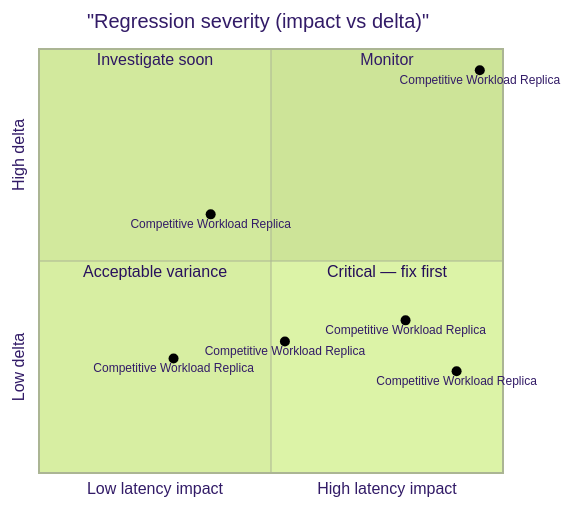
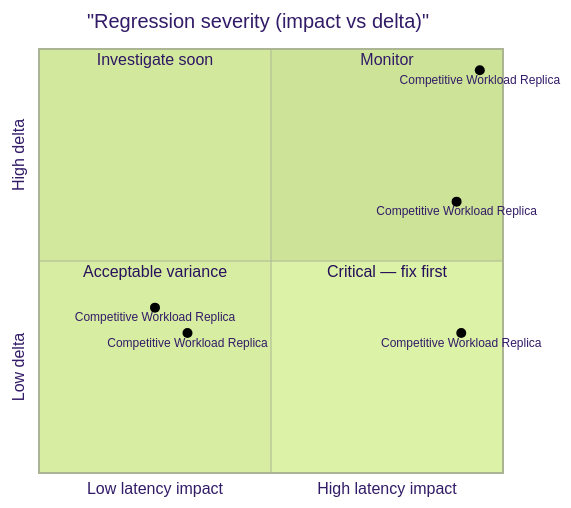
The second of 2 diagrams in docs/project/benchmarks/benchmark_sqlite.mdx (SveltyCMS/SveltyCMS), drawn with Mermaid (forest theme) before and after one commit. The commit also changed other lines of this file and 6 other files, not shown here.

````diff
--- a/docs/project/benchmarks/benchmark_sqlite.mdx
+++ b/docs/project/benchmarks/benchmark_sqlite.mdx
@@ -101,16 +101,15 @@
 ```mermaid
 quadrantChart
   title "Regression severity (impact vs delta)"
   x-axis Low latency impact --> High latency impact
   y-axis Low delta --> High delta
   quadrant-1 Monitor
   quadrant-2 Investigate soon
   quadrant-3 Acceptable variance
   quadrant-4 Critical — fix first
-    Competitive Workload Replica: [0.79, 0.36]
-    Competitive Workload Replica: [0.29, 0.27]
-    Competitive Workload Replica: [0.37, 0.61]
-    Competitive Workload Replica: [0.53, 0.31]
-    Competitive Workload Replica: [0.90, 0.24]
+    Competitive Workload Replica: [0.90, 0.64]
+    Competitive Workload Replica: [0.32, 0.33]
+    Competitive Workload Replica: [0.25, 0.39]
+    Competitive Workload Replica: [0.91, 0.33]
     Competitive Workload Replica: [0.95, 0.95]
 ```
````
